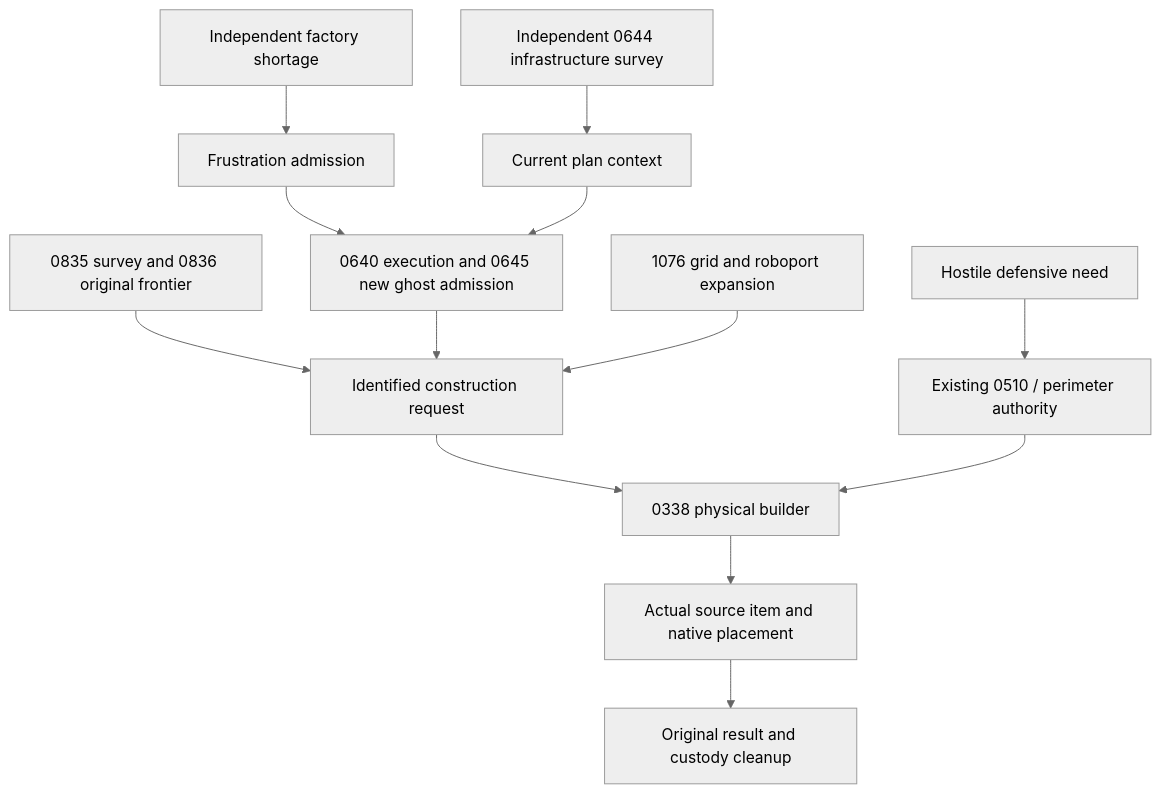
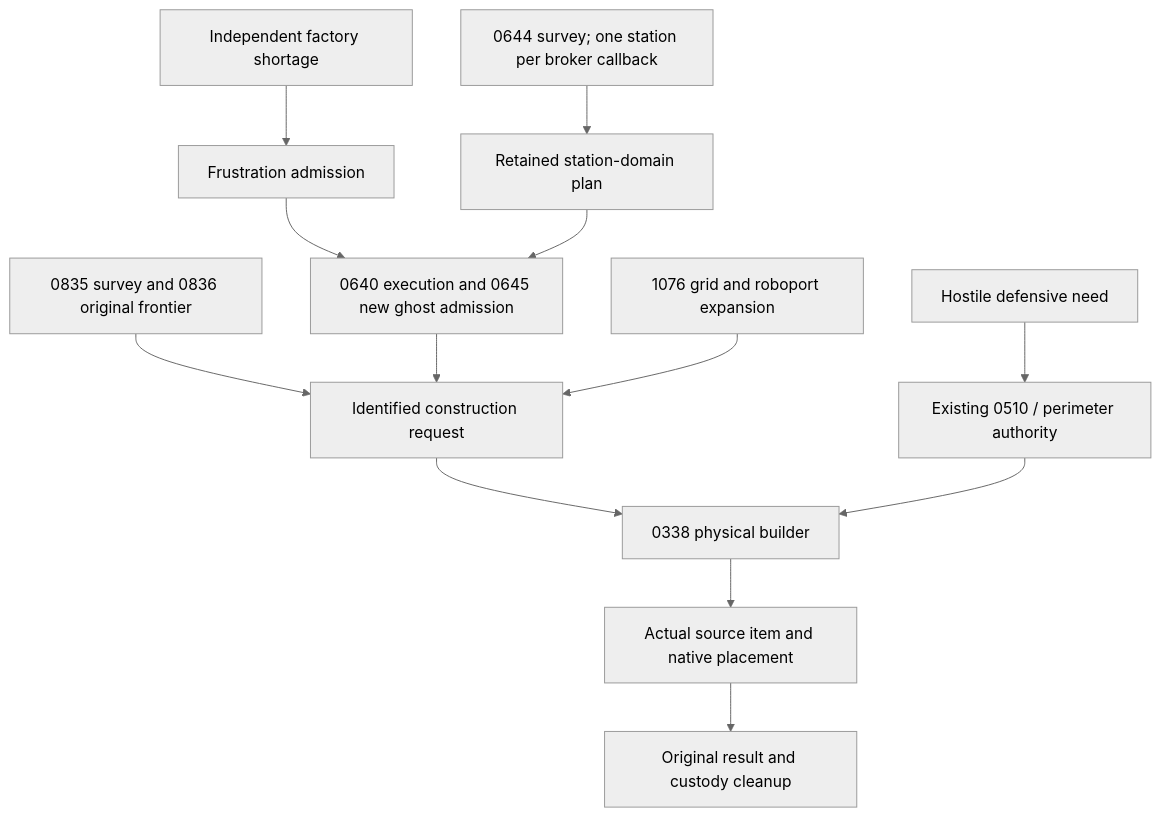
The third of 5 diagrams in docs/RECOVERY_AUTHORITY_MAP_CURRENT.md (mrcalzon02/Tech-Priests), drawn with Mermaid (neutral theme) before and after one commit. The commit also changed other lines of this file and 31 other files, not shown here.

````diff
--- a/docs/RECOVERY_AUTHORITY_MAP_CURRENT.md
+++ b/docs/RECOVERY_AUTHORITY_MAP_CURRENT.md
@@ -71,15 +71,15 @@
 ```mermaid
 flowchart TD
     Defense["Hostile defensive need"] --> Dispatch["Existing 0510 / perimeter authority"]
     Factory["Independent factory shortage"] --> Gate["Frustration admission"]
     Gate --> Planner["0640 execution and 0645 new ghost admission"]
-    Survey["Independent 0644 infrastructure survey"] --> Plan["Current plan context"]
+    Survey["0644 survey; one station per broker callback"] --> Plan["Retained station-domain plan"]
     Plan --> Planner
     Rail["0835 survey and 0836 original frontier"] --> Request["Identified construction request"]
     Planner --> Request
     Frontier["1076 grid and roboport expansion"] --> Request
     Request --> Builder["0338 physical builder"]
     Dispatch --> Builder
     Builder --> Paid["Actual source item and native placement"]
     Paid --> Receipt["Original result and custody cleanup"]
 ```
````
